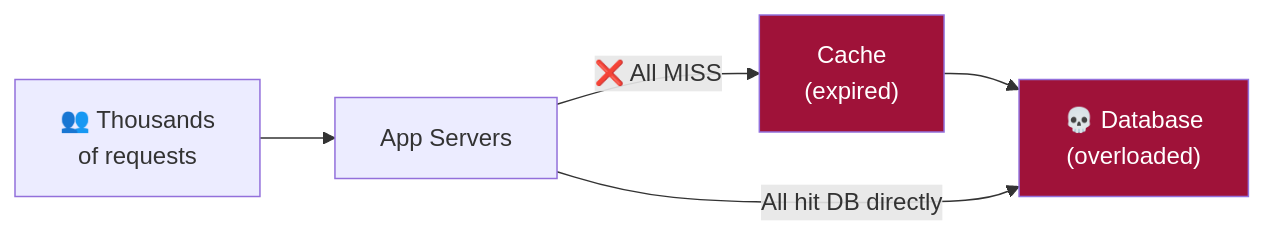
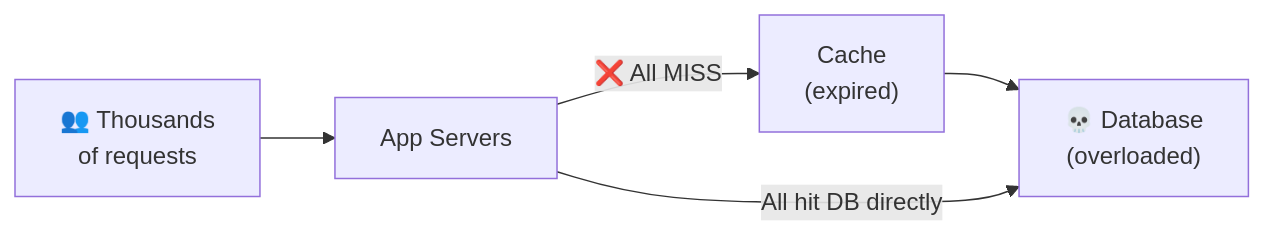
One commit to g-savitha/gsavitha.in changed the eighth of 9 diagrams in src/content/blog/thundering-herd.md. Above: the diagram before and after it, drawn with Mermaid. The commit also changed other lines of this file and 5 other files, not shown here.

Commit message:
Mermaid: move every post colour into one PALETTE; posts use named classes only

````diff
--- a/src/content/blog/thundering-herd.md
+++ b/src/content/blog/thundering-herd.md
@@ -404,10 +404,10 @@
 ```mermaid
 flowchart LR
     Users["👥 Thousands\nof requests"] --> App["App Servers"]
     App -->|"❌ All MISS"| Cache["Cache\n(expired)"]
     Cache --> DB["💀 Database\n(overloaded)"]
     App -->|"All hit DB directly"| DB
 
-    style Cache fill:#9f1239,color:#fff
-    style DB fill:#9f1239,color:#fff
+    class Cache maroon
+    class DB maroon
 ```
````
